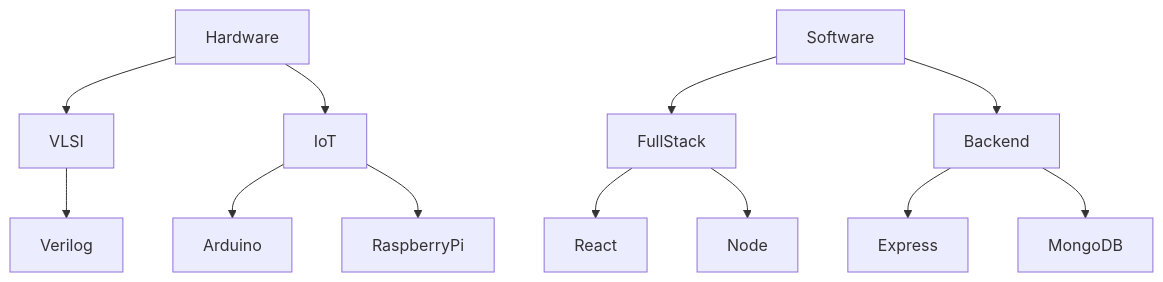
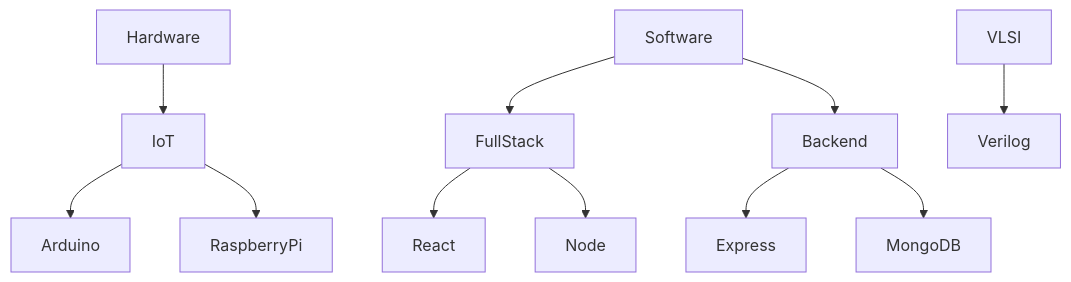
Before and after one commit to tanmaygalav/tanmaygalav: the diagram in README.md, drawn with Mermaid. The commit also changed other lines of this file, not shown here.

First line of the commit message:
Revise YAML details and tech playground diagram

````diff
--- a/README.md
+++ b/README.md
@@ -25,14 +25,13 @@
 ```mermaid
 graph TD;
-  Hardware-->VLSI;
   Hardware-->IoT;
   Software-->FullStack;
   Software-->Backend;
   VLSI-->Verilog;
   IoT-->Arduino;
   IoT-->RaspberryPi;
   FullStack-->React;
   FullStack-->Node;
   Backend-->Express;
   Backend-->MongoDB;
 ```
````
